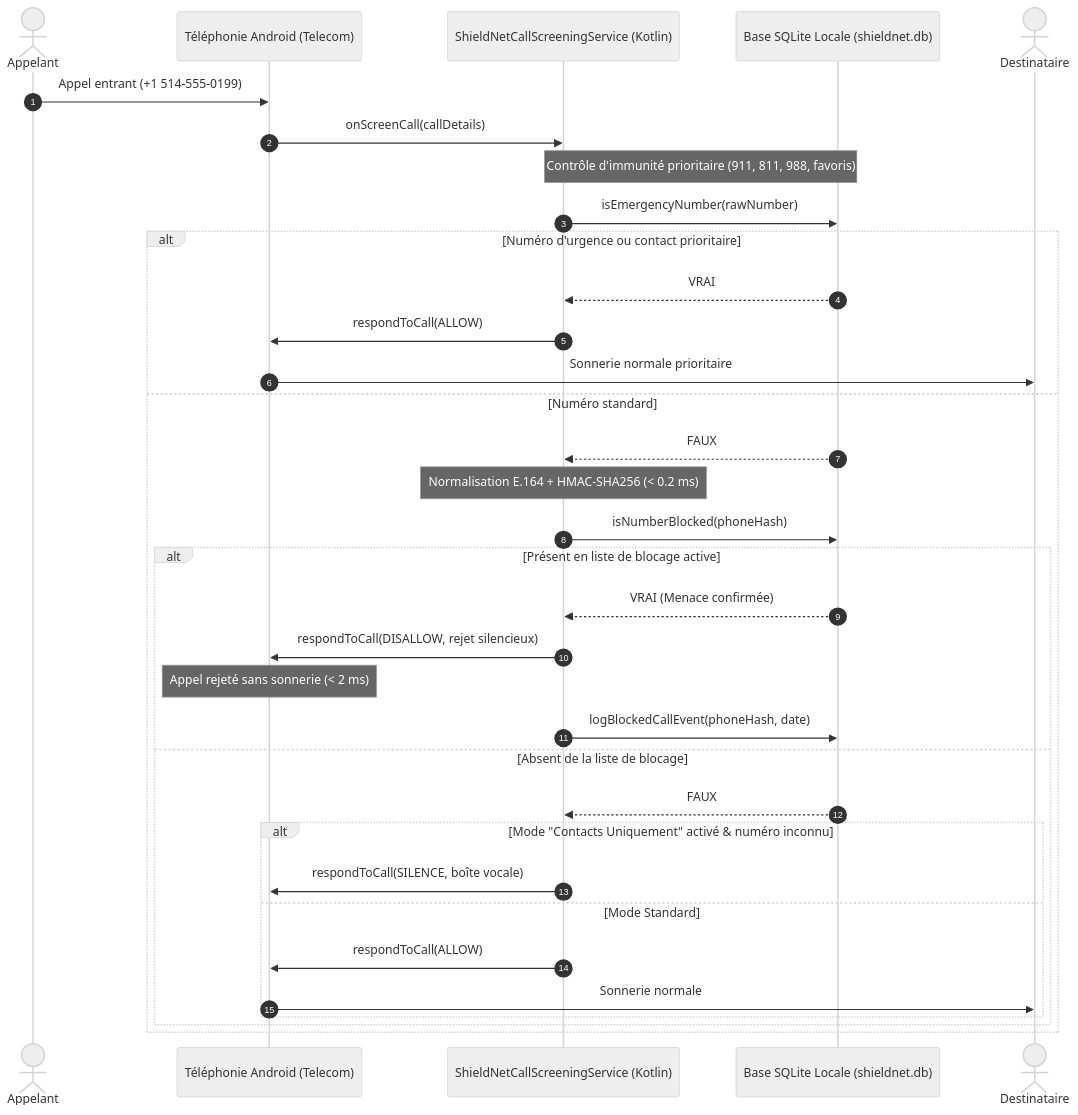
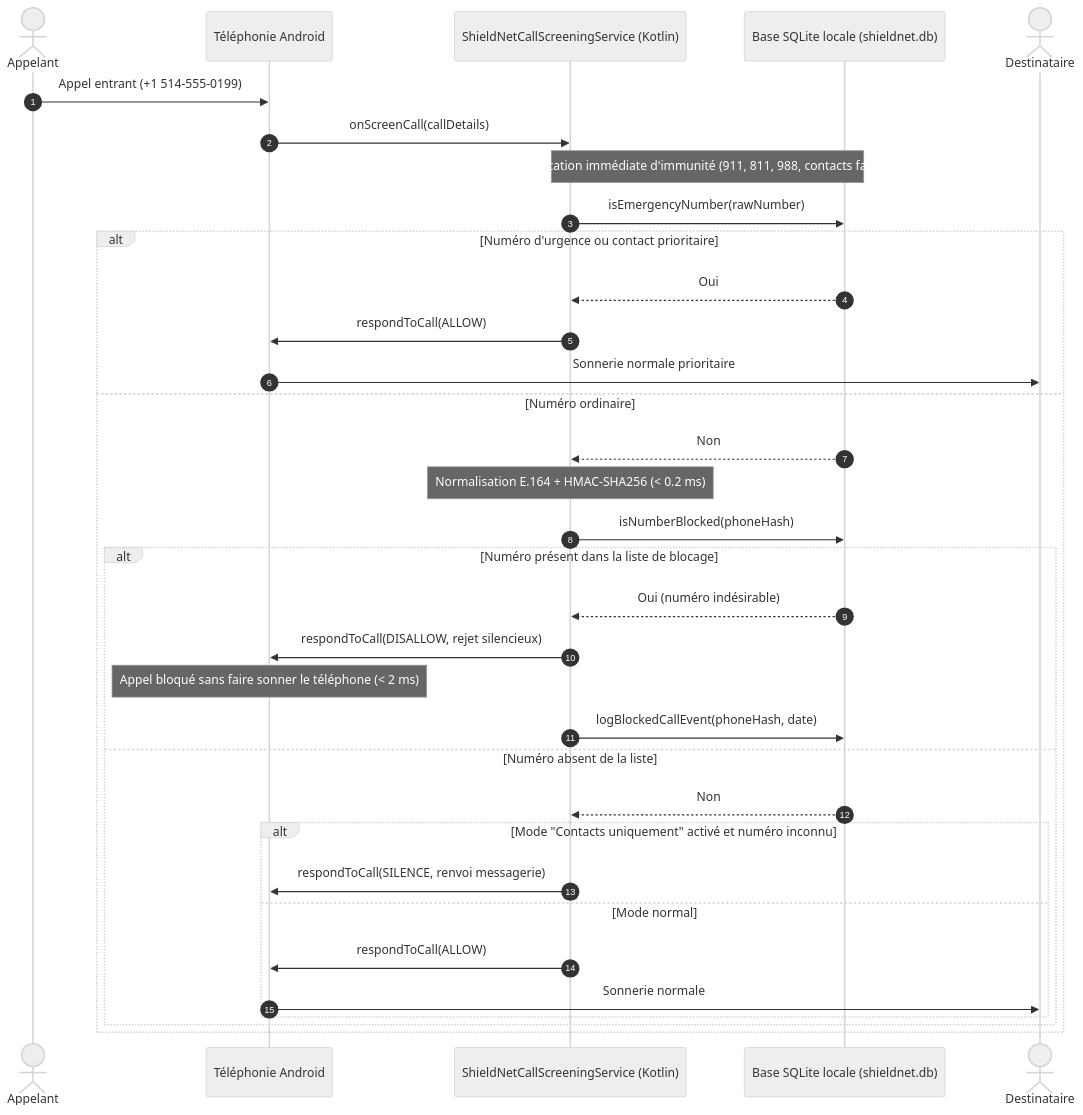
The fourth of 7 diagrams in docs/ARCHITECTURE_ET_CONCEPTION.md (fadelilyas01/Projet-Synth-se), drawn with Mermaid (neutral theme) before and after one commit. The commit also changed other lines of this file and 2 other files, not shown here.

Commit message:
docs: add architecture, deployment, and security threat model documentation

````diff
--- a/docs/ARCHITECTURE_ET_CONCEPTION.md
+++ b/docs/ARCHITECTURE_ET_CONCEPTION.md
@@ -250,43 +252,43 @@
 ```mermaid
 sequenceDiagram
     autonumber
     actor Appelant as Appelant
-    participant AndroidOS as Téléphonie Android (Telecom)
+    participant AndroidOS as Téléphonie Android
     participant NativeService as ShieldNetCallScreeningService (Kotlin)
-    participant NativeDB as Base SQLite Locale (shieldnet.db)
+    participant NativeDB as Base SQLite locale (shieldnet.db)
     actor Utilisateur as Destinataire
 
     Appelant->>AndroidOS: Appel entrant (+1 514-555-0199)
     AndroidOS->>NativeService: onScreenCall(callDetails)
     
-    %% Étape 0 : Contrôle d'urgence prioritaire
-    Note over NativeService,NativeDB: Contrôle d'immunité prioritaire (911, 811, 988, favoris)
+    %% Contrôle de priorité absolue : urgences
+    Note over NativeService,NativeDB: Vérification immédiate d'immunité (911, 811, 988, contacts favoris)
     NativeService->>NativeDB: isEmergencyNumber(rawNumber)
     alt Numéro d'urgence ou contact prioritaire
-        NativeDB-->>NativeService: VRAI
+        NativeDB-->>NativeService: Oui
         NativeService->>AndroidOS: respondToCall(ALLOW)
         AndroidOS->>Utilisateur: Sonnerie normale prioritaire
-    else Numéro standard
-        NativeDB-->>NativeService: FAUX
+    else Numéro ordinaire
+        NativeDB-->>NativeService: Non
         
-        %% Étape 1 : Normalisation & Hachage
+        %% Hachage et consultation de la liste
         Note over NativeService: Normalisation E.164 + HMAC-SHA256 (< 0.2 ms)
         NativeService->>NativeDB: isNumberBlocked(phoneHash)
         
-        alt Présent en liste de blocage active
-            NativeDB-->>NativeService: VRAI (Menace confirmée)
+        alt Numéro présent dans la liste de blocage
+            NativeDB-->>NativeService: Oui (numéro indésirable)
             NativeService->>AndroidOS: respondToCall(DISALLOW, rejet silencieux)
-            Note over AndroidOS: Appel rejeté sans sonnerie (< 2 ms)
+            Note over AndroidOS: Appel bloqué sans faire sonner le téléphone (< 2 ms)
             NativeService->>NativeDB: logBlockedCallEvent(phoneHash, date)
-        else Absent de la liste de blocage
-            NativeDB-->>NativeService: FAUX
+        else Numéro absent de la liste
+            NativeDB-->>NativeService: Non
             
-            alt Mode "Contacts Uniquement" activé & numéro inconnu
-                NativeService->>AndroidOS: respondToCall(SILENCE, boîte vocale)
-            else Mode Standard
+            alt Mode "Contacts uniquement" activé et numéro inconnu
+                NativeService->>AndroidOS: respondToCall(SILENCE, renvoi messagerie)
+            else Mode normal
                 NativeService->>AndroidOS: respondToCall(ALLOW)
                 AndroidOS->>Utilisateur: Sonnerie normale
             end
         end
     end
 ```
````
